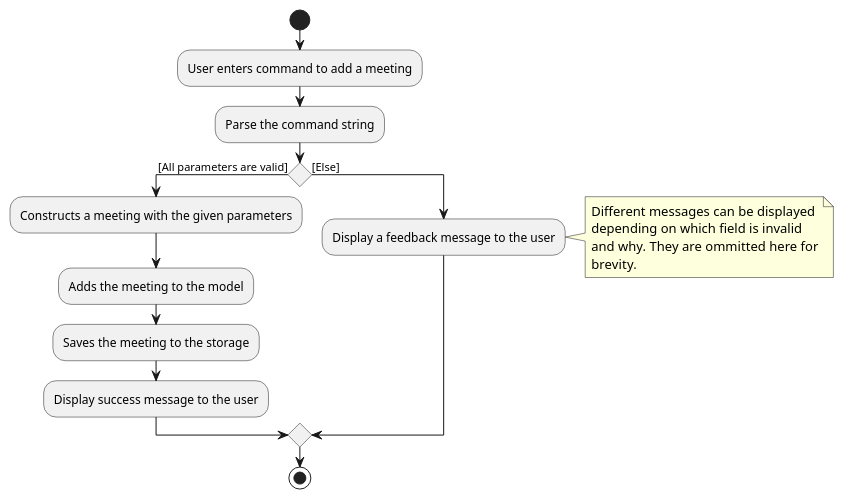
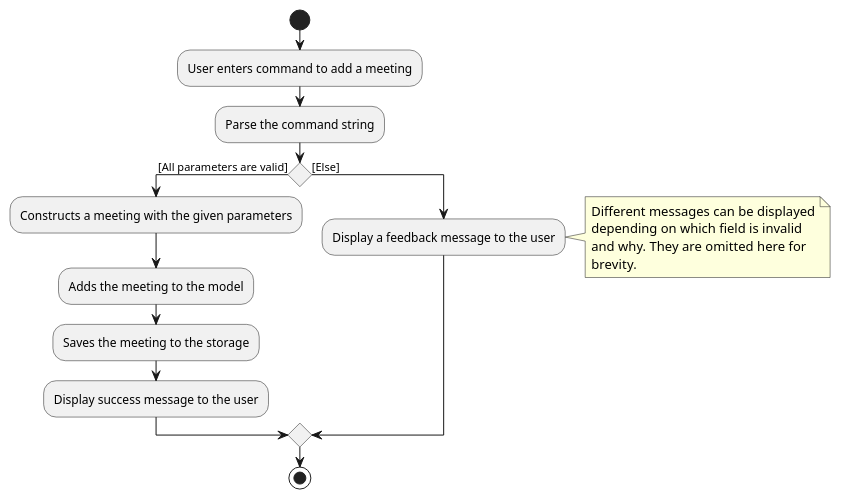
Before and after one commit to nus-cs2103-AY2021S2/tp: the diagram in docs/diagrams/AddMeetingActivityDiagram.puml, drawn with PlantUML. The commit also changed 4 other files, not shown here.

Commit message:
Add EditMeetingCommand activity diagram

```diff
--- a/docs/diagrams/AddMeetingActivityDiagram.puml
+++ b/docs/diagrams/AddMeetingActivityDiagram.puml
@@ -1,24 +1,24 @@
 @startuml
 start
 :User enters command to add a meeting;
 
 :Parse the command string;
 
 if () then ([All parameters are valid])
     :Constructs a meeting with the given parameters;
     :Adds the meeting to the model;
     :Saves the meeting to the storage;
     :Display success message to the user;
 '    stop
 else ([Else])
     :Display a feedback message to the user;
     note right
         Different messages can be displayed
         depending on which field is invalid
-        and why. They are ommitted here for
+        and why. They are omitted here for
         brevity.
     end note
 endif
 stop
 '    stop
 @enduml
```
